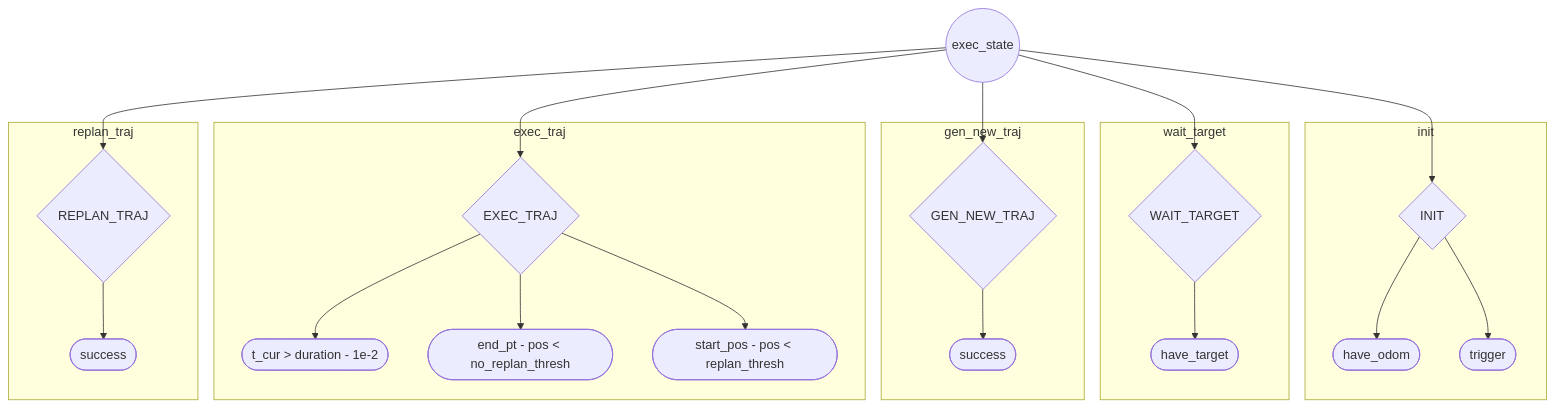
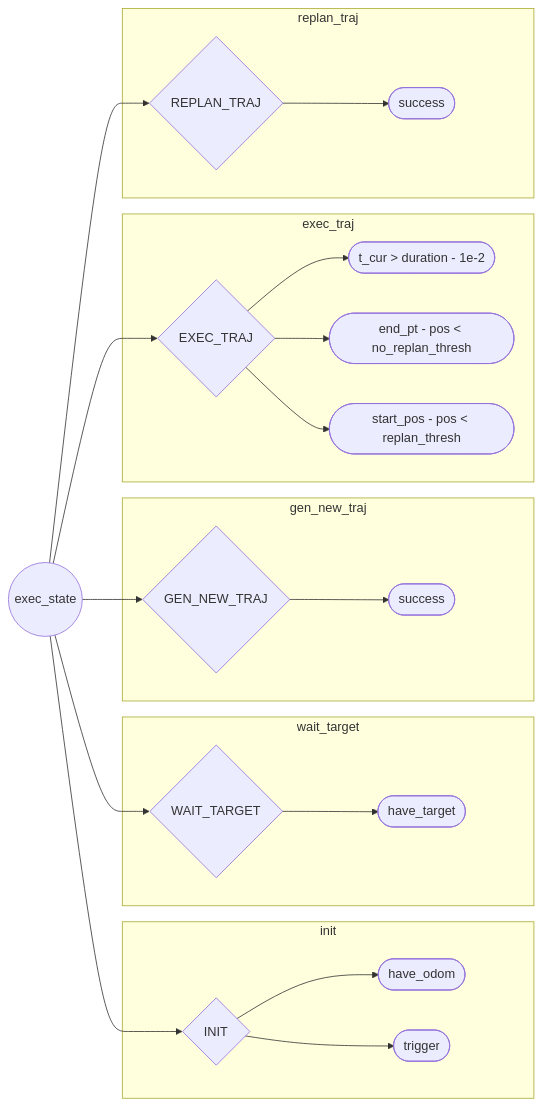
Before and after one commit to Dieptranivsr/drone_extend: the first of 2 diagrams in sp_code/create_table.md, drawn with Mermaid.

````diff
--- a/sp_code/create_table.md
+++ b/sp_code/create_table.md
@@ -1,26 +1,26 @@
 ```mermaid
-flowchart TB
+flowchart LR
     id1((exec_state)) --> id2{INIT}
     id1 --> id3{WAIT_TARGET}
     id1 --> id4{GEN_NEW_TRAJ}
     id1 --> id5{EXEC_TRAJ}
     id1 --> id6{REPLAN_TRAJ}
     subgraph init
         id2 --> id7([have_odom])
         id2 --> id8([trigger])
     end
     subgraph wait_target
         id3 --> id9([have_target])
     end
     subgraph gen_new_traj
         id4 --> id10([success])
     end
     subgraph exec_traj
         id5 --> id11([t_cur > duration - 1e-2])
         id5 --> id12([end_pt - pos < no_replan_thresh])
         id5 --> id13([start_pos - pos < replan_thresh])
     end
     subgraph replan_traj
         id6 --> id14([success])
     end
 ```
````
